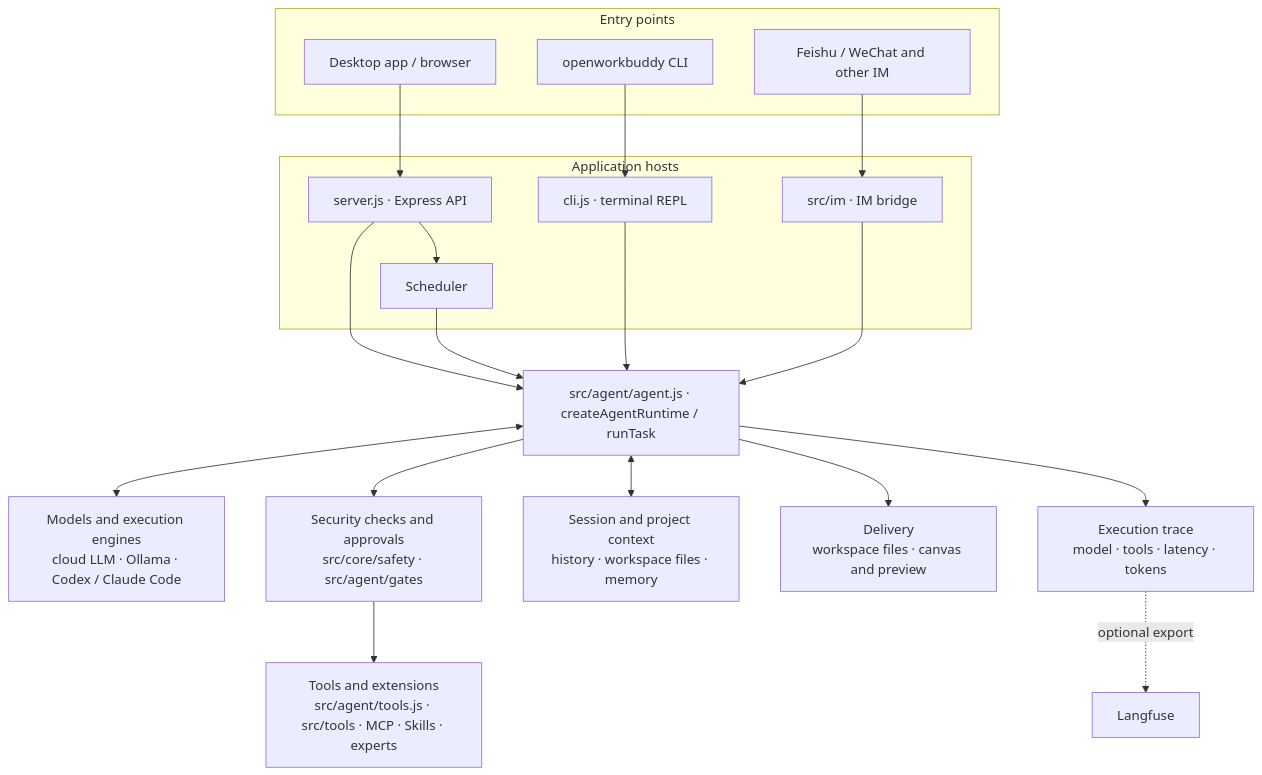
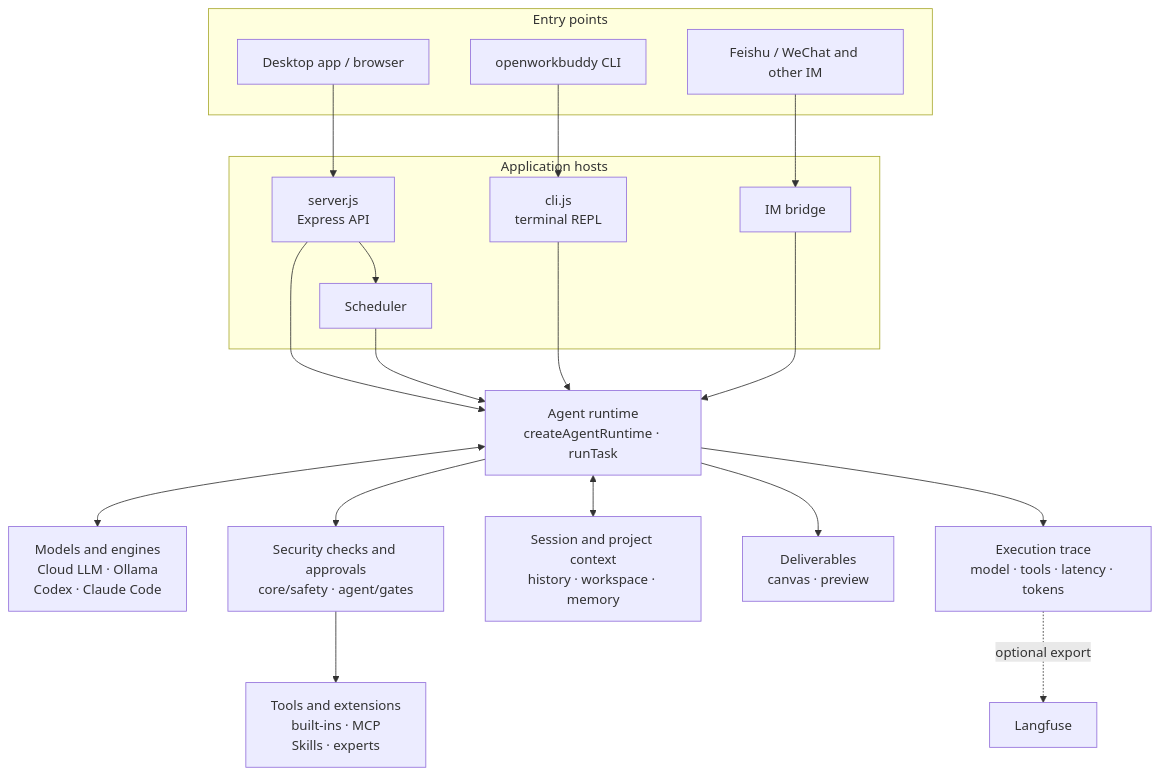
One commit to BradPita/openworkbuddy changed the diagram in README.en.md. Above: the diagram before and after it, drawn with Mermaid. The commit also changed other lines of this file and 8 other files, not shown here.

Commit message:
Fix release checks and document runtime architecture

````diff
--- a/README.en.md
+++ b/README.en.md
@@ -250,32 +250,32 @@
 ```mermaid
 flowchart TB
  subgraph Clients["Entry points"]
  Desktop["Desktop app / browser"]
  CLI["openworkbuddy CLI"]
  IM["Feishu / WeChat and other IM"]
  end
 
  subgraph Hosts["Application hosts"]
- WebHost["server.js · Express API"]
- CliHost["cli.js · terminal REPL"]
- ImHost["src/im · IM bridge"]
+ WebHost["server.js<br/>Express API"]
+ CliHost["cli.js<br/>terminal REPL"]
+ ImHost["IM bridge"]
  Schedule["Scheduler"]
  end
 
  Desktop --> WebHost
  CLI --> CliHost
  IM --> ImHost
- WebHost --> Runtime["src/agent/agent.js · createAgentRuntime / runTask"]
+ WebHost --> Runtime["Agent runtime<br/>createAgentRuntime · runTask"]
  CliHost --> Runtime
  ImHost --> Runtime
  WebHost --> Schedule
  Schedule --> Runtime
 
- Runtime <--> Models["Models and execution engines\ncloud LLM · Ollama · Codex / Claude Code"]
- Runtime --> Gates["Security checks and approvals\nsrc/core/safety · src/agent/gates"]
- Gates --> Tools["Tools and extensions\nsrc/agent/tools.js · src/tools · MCP · Skills · experts"]
- Runtime <--> Context["Session and project context\nhistory · workspace files · memory"]
- Runtime --> Deliver["Delivery\nworkspace files · canvas and preview"]
- Runtime --> Trace["Execution trace\nmodel · tools · latency · tokens"]
+ Runtime <--> Models["Models and engines<br/>Cloud LLM · Ollama<br/>Codex · Claude Code"]
+ Runtime --> Gates["Security checks and approvals<br/>core/safety · agent/gates"]
+ Gates --> Tools["Tools and extensions<br/>built-ins · MCP<br/>Skills · experts"]
+ Runtime <--> Context["Session and project context<br/>history · workspace · memory"]
+ Runtime --> Deliver["Deliverables<br/>canvas · preview"]
+ Runtime --> Trace["Execution trace<br/>model · tools · latency · tokens"]
  Trace -. optional export .-> Langfuse["Langfuse"]
 ```
````
